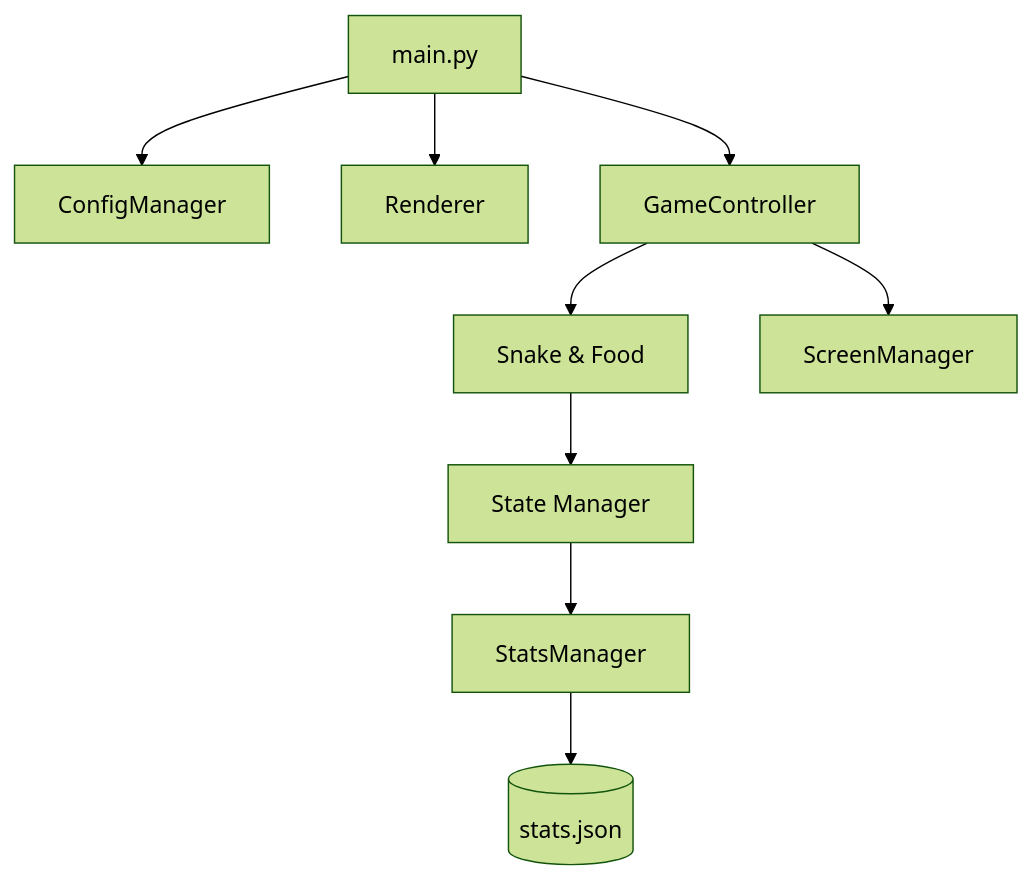
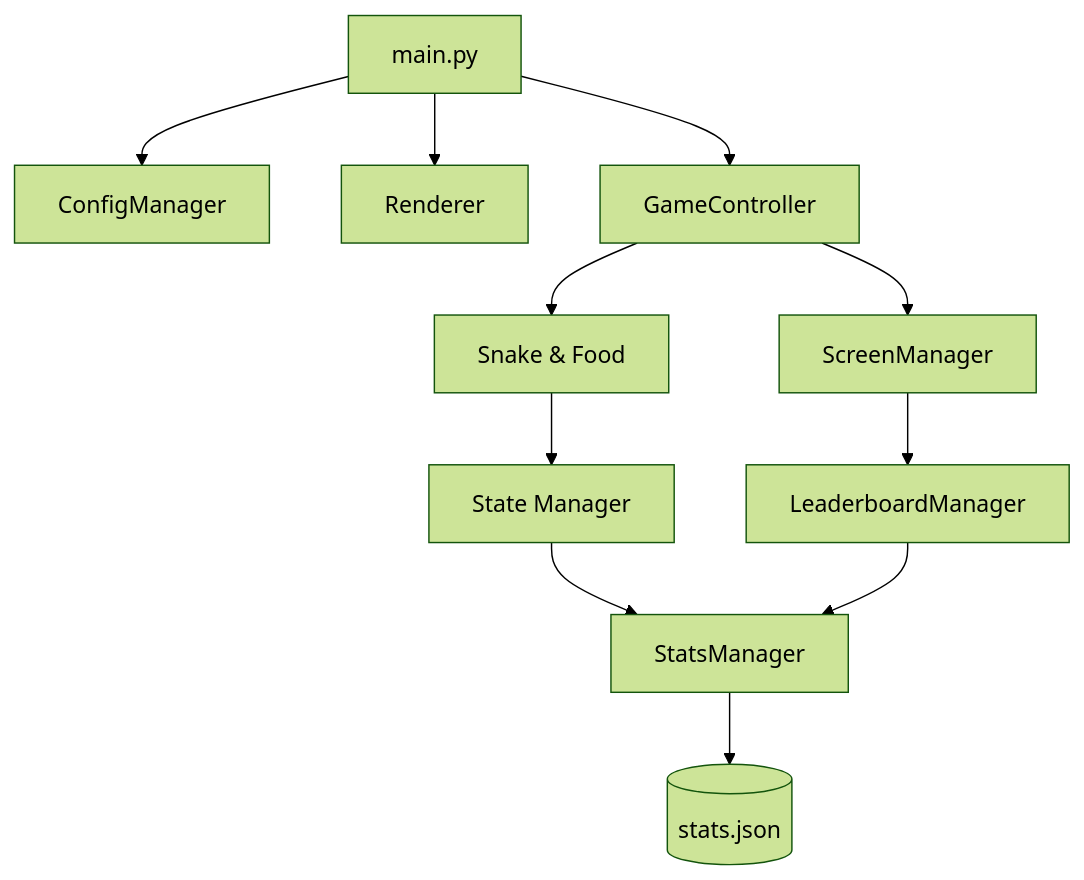
One commit to krishnakanthb13/snake_cli changed the diagram in CODE_DOCUMENTATION.md. Above: the diagram before and after it, drawn with Mermaid (forest theme). The commit also changed other lines of this file and 4 other files, not shown here.

````diff
--- a/CODE_DOCUMENTATION.md
+++ b/CODE_DOCUMENTATION.md
@@ -48,11 +67,13 @@
 ```mermaid
 graph TD
     A[main.py] --> B[ConfigManager]
     A --> C[Renderer]
     A --> D[GameController]
     D --> E[Snake & Food]
     D --> F[ScreenManager]
     E --> G[State Manager]
     G --> H[StatsManager]
     H --> I[(stats.json)]
+    F --> J[LeaderboardManager]
+    J --> H
 ```
````
